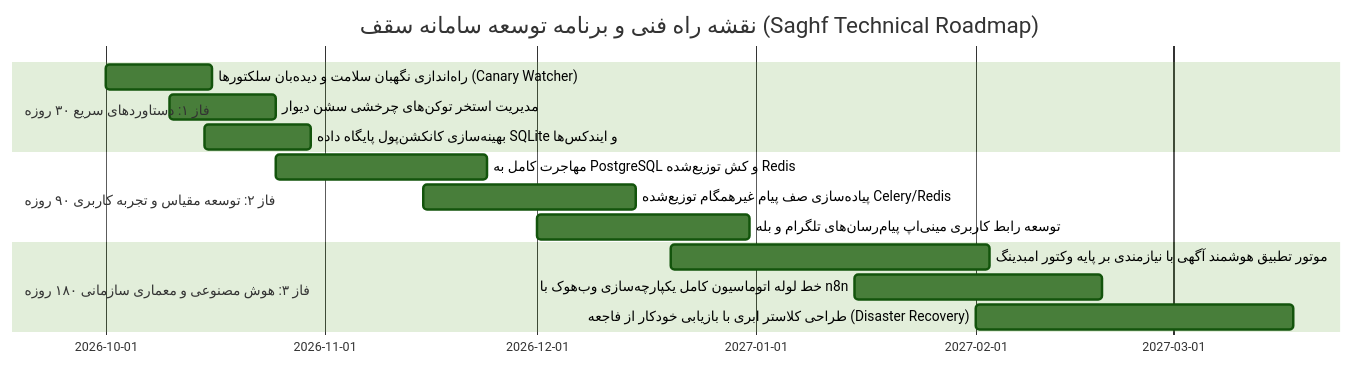
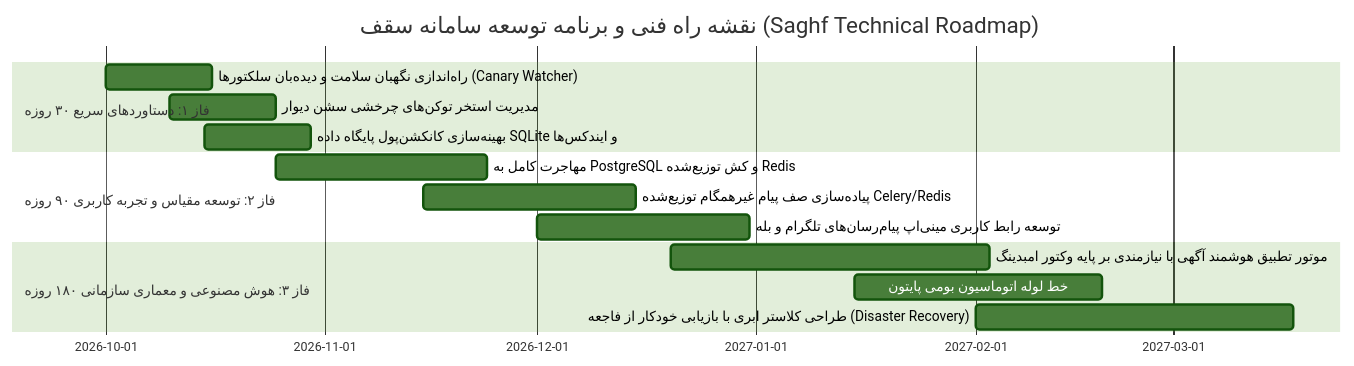
The diagram in docs/system_technical_audit.md (mostafaasady400-code/saghf), drawn with Mermaid (forest theme) before and after one commit. The commit also changed other lines of this file and 127 other files, not shown here.

````diff
--- a/docs/system_technical_audit.md
+++ b/docs/system_technical_audit.md
@@ -304,17 +304,17 @@
 ```mermaid
 gantt
     title نقشه راه فنی و برنامه توسعه سامانه سقف (Saghf Technical Roadmap)
     dateFormat  YYYY-MM-DD
     section فاز ۱: دستاوردهای سریع ۳۰ روزه
     راه‌اندازی نگهبان سلامت و دیده‌بان سلکتورها (Canary Watcher) :2026-10-01, 15d
     مدیریت استخر توکن‌های چرخشی سشن دیوار                      :2026-10-10, 15d
     بهینه‌سازی کانکشن‌پول پایگاه داده SQLite و ایندکس‌ها          :2026-10-15, 15d
     section فاز ۲: توسعه مقیاس و تجربه کاربری ۹۰ روزه
     مهاجرت کامل به PostgreSQL و کش توزیع‌شده Redis               :2026-10-25, 30d
     پیاده‌سازی صف پیام غیرهمگام توزیع‌شده Celery/Redis             :2026-11-15, 30d
     توسعه رابط کاربری مینی‌اپ پیام‌رسان‌های تلگرام و بله            :2026-12-01, 30d
     section فاز ۳: هوش مصنوعی و معماری سازمانی ۱۸۰ روزه
     موتور تطبیق هوشمند آگهی با نیازمندی بر پایه وکتور امبدینگ      :2026-12-20, 45d
-    خط لوله اتوماسیون کامل یکپارچه‌سازی وب‌هوک با n8n             :2027-01-15, 35d
+    خط لوله اتوماسیون بومی پایتون                               :2027-01-15, 35d
     طراحی کلاستر ابری با بازیابی خودکار از فاجعه (Disaster Recovery):2027-02-01, 45d
 ```
````
